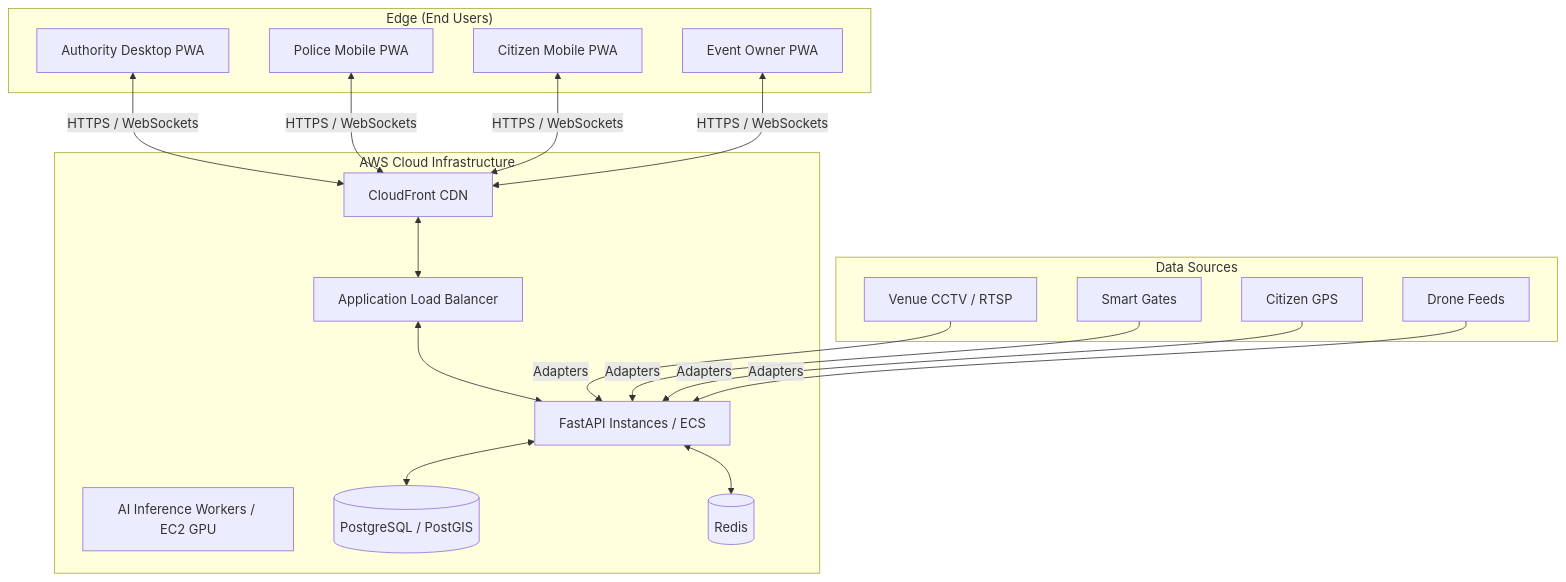
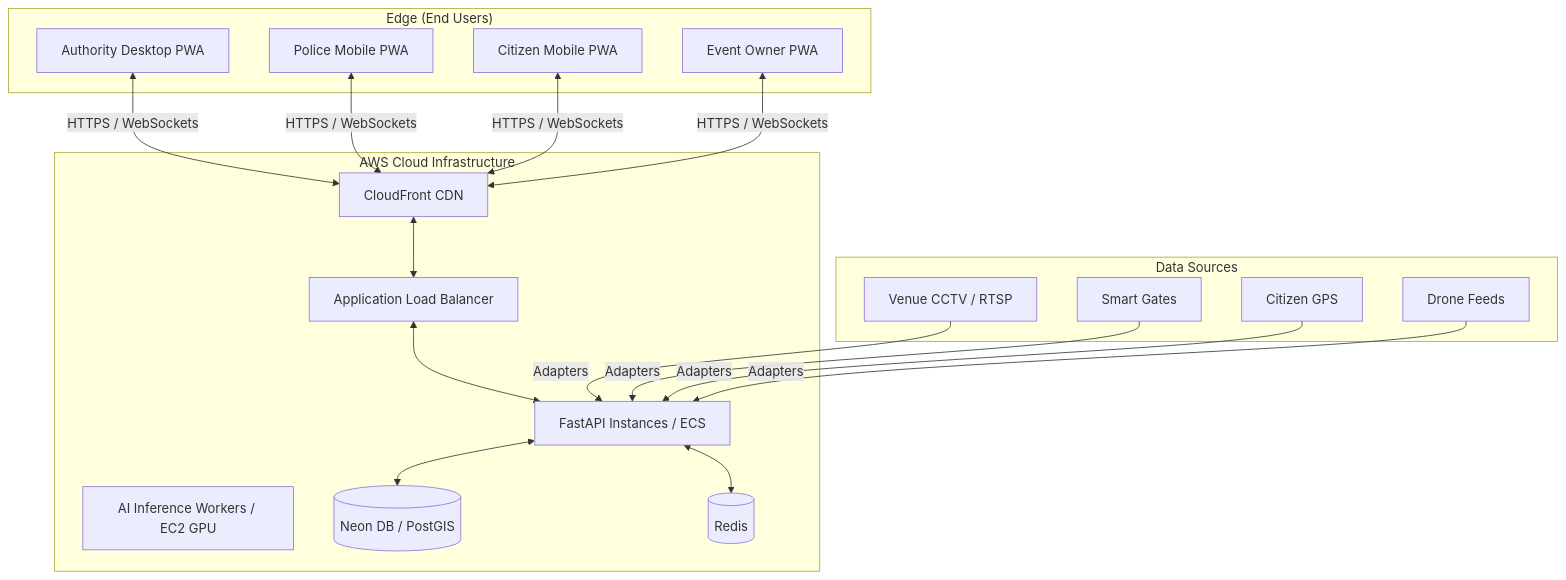
Before and after one commit to algorithnicmind/crowdcatchup: the diagram in docs/07_DEPLOYMENT_AND_OPS.md, drawn with Mermaid. The commit also changed other lines of this file and 6 other files, not shown here.

````diff
--- a/docs/07_DEPLOYMENT_AND_OPS.md
+++ b/docs/07_DEPLOYMENT_AND_OPS.md
@@ -13,32 +13,32 @@
 ```mermaid
 graph TB
     subgraph EDGE_DEVICES["Edge (End Users)"]
         AUTH[Authority Desktop PWA]
         POL[Police Mobile PWA]
         CIT[Citizen Mobile PWA]
         EVO[Event Owner PWA]
     end
 
     subgraph AWS_CLOUD["AWS Cloud Infrastructure"]
         CF[CloudFront CDN]
         ALB[Application Load Balancer]
         API[FastAPI Instances / ECS]
         AI[AI Inference Workers / EC2 GPU]
-        DB[(PostgreSQL / PostGIS)]
+        DB[(Neon DB / PostGIS)]
         CACHE[(Redis)]
     end
 
     subgraph INGESTION["Data Sources"]
         CCTV[Venue CCTV / RTSP]
         SG[Smart Gates]
         GPS[Citizen GPS]
         DRONE[Drone Feeds]
     end
 
     AUTH & POL & CIT & EVO <-->|HTTPS / WebSockets| CF
     CF <--> ALB
     ALB <--> API
     CCTV & SG & GPS & DRONE -->|Adapters| API
     API <--> DB
     API <--> CACHE
 ```
````
